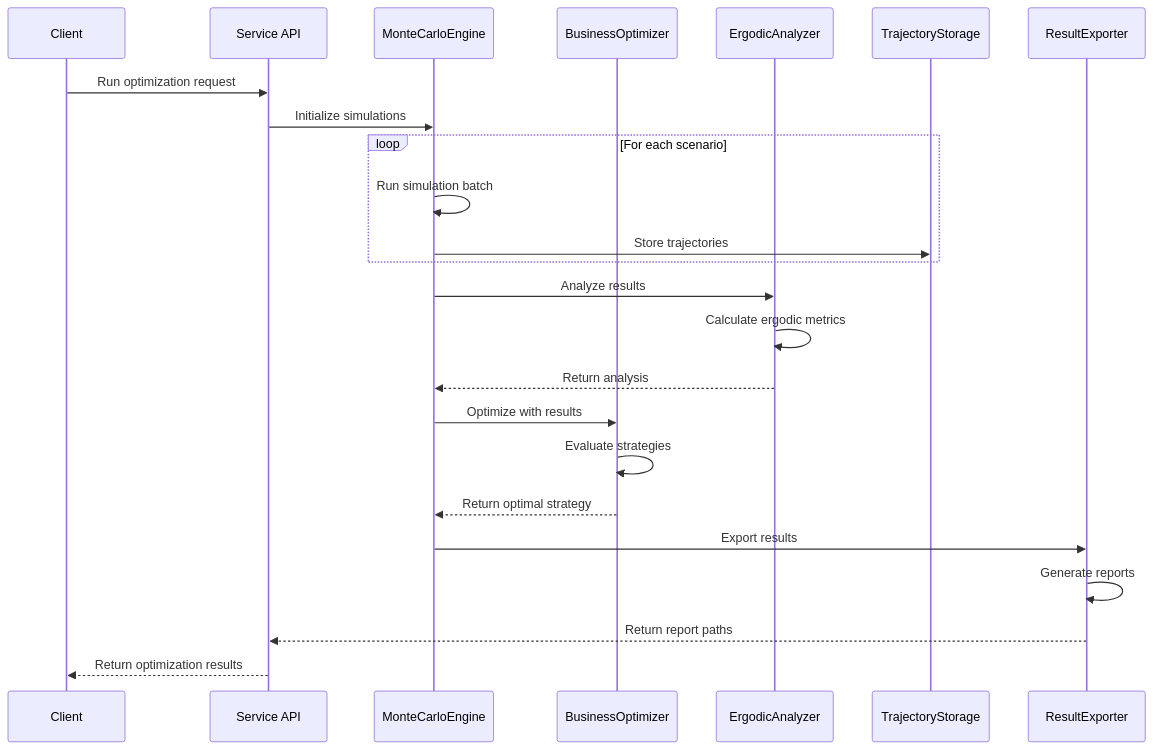
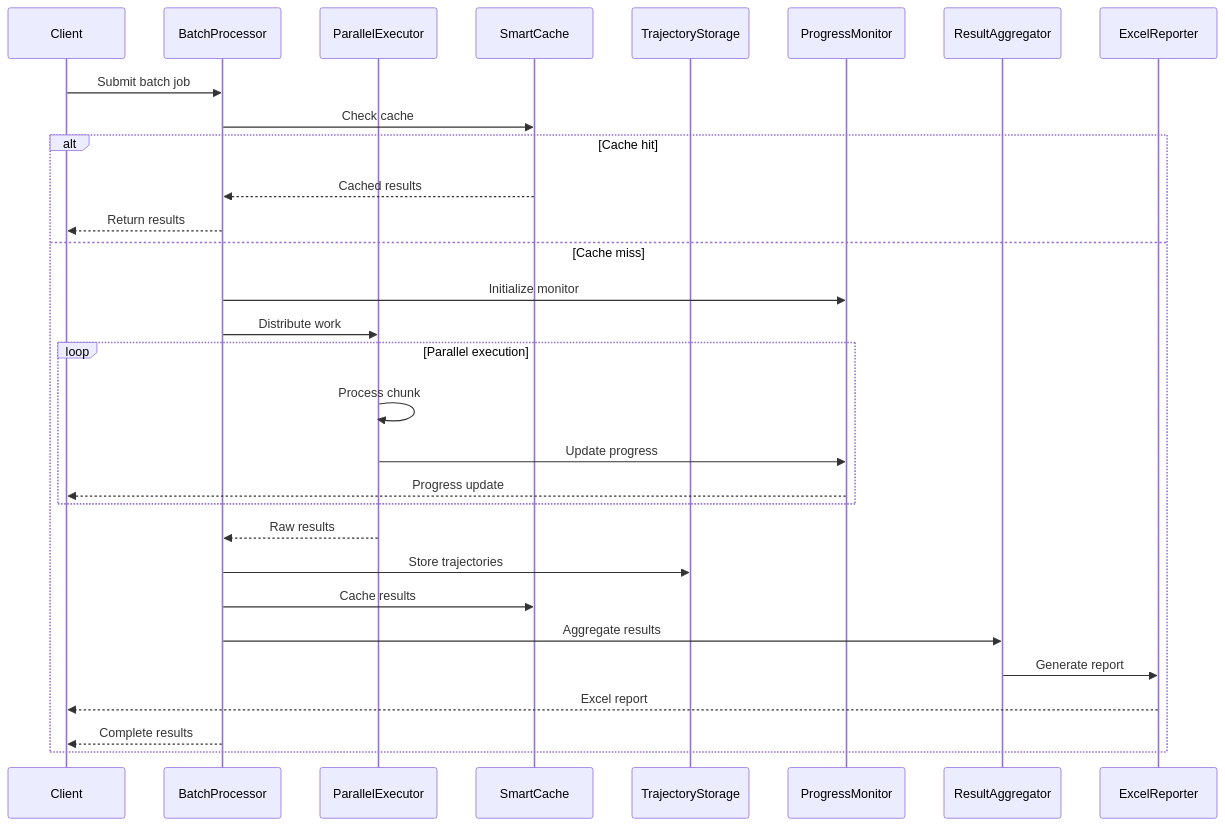
One commit to AlexFiliakov/Ergodic-Insurance-Limits changed the second of 2 diagrams in ergodic_insurance/docs/architecture/class_diagrams/service_layer.md. Above: the diagram before and after it, drawn with Mermaid. The commit also changed other lines of this file and 14 other files, not shown here.

Commit message:
README.md, mermaid diagrams, new claude action

````diff
--- a/ergodic_insurance/docs/architecture/class_diagrams/service_layer.md
+++ b/ergodic_insurance/docs/architecture/class_diagrams/service_layer.md
@@ -390,32 +229,35 @@
 ```mermaid
 sequenceDiagram
     participant Client
-    participant API as Service API
-    participant Engine as MonteCarloEngine
-    participant Optimizer as BusinessOptimizer
-    participant Analytics as ErgodicAnalyzer
-    participant Storage as TrajectoryStorage
-    participant Export as ResultExporter
+    participant BP as BatchProcessor
+    participant PE as ParallelExecutor
+    participant SC as SmartCache
+    participant TS as TrajectoryStorage
+    participant PM as ProgressMonitor
+    participant RA as ResultAggregator
+    participant ER as ExcelReporter
 
-    Client->>API: Run optimization request
-    API->>Engine: Initialize simulations
+    Client->>BP: Submit batch job
+    BP->>SC: Check cache
+    alt Cache hit
+        SC-->>BP: Cached results
+        BP-->>Client: Return results
+    else Cache miss
+        BP->>PM: Initialize monitor
+        BP->>PE: Distribute work
 
-    loop For each scenario
-        Engine->>Engine: Run simulation batch
-        Engine->>Storage: Store trajectories
+        loop Parallel execution
+            PE->>PE: Process chunk
+            PE->>PM: Update progress
+            PM-->>Client: Progress update
+        end
+
+        PE-->>BP: Raw results
+        BP->>TS: Store trajectories
+        BP->>SC: Cache results
+        BP->>RA: Aggregate results
+        RA->>ER: Generate report
+        ER-->>Client: Excel report
+        BP-->>Client: Complete results
     end
-
-    Engine->>Analytics: Analyze results
-    Analytics->>Analytics: Calculate ergodic metrics
-    Analytics-->>Engine: Return analysis
-
-    Engine->>Optimizer: Optimize with results
-    Optimizer->>Optimizer: Evaluate strategies
-    Optimizer-->>Engine: Return optimal strategy
-
-    Engine->>Export: Export results
-    Export->>Export: Generate reports
-    Export-->>API: Return report paths
-
-    API-->>Client: Return optimization results
 ```
````
